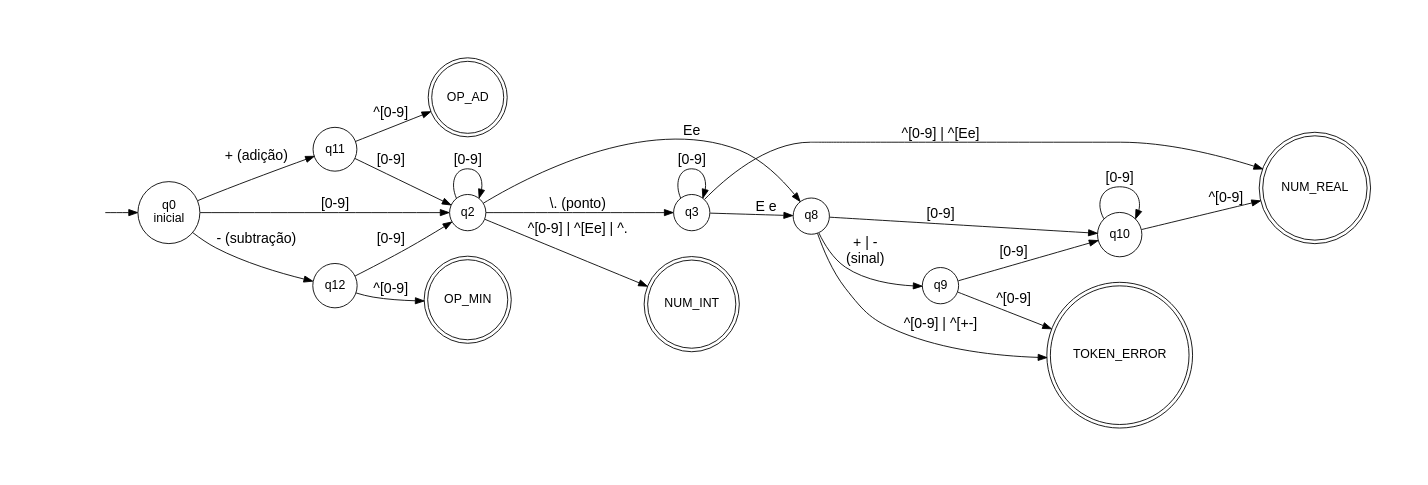
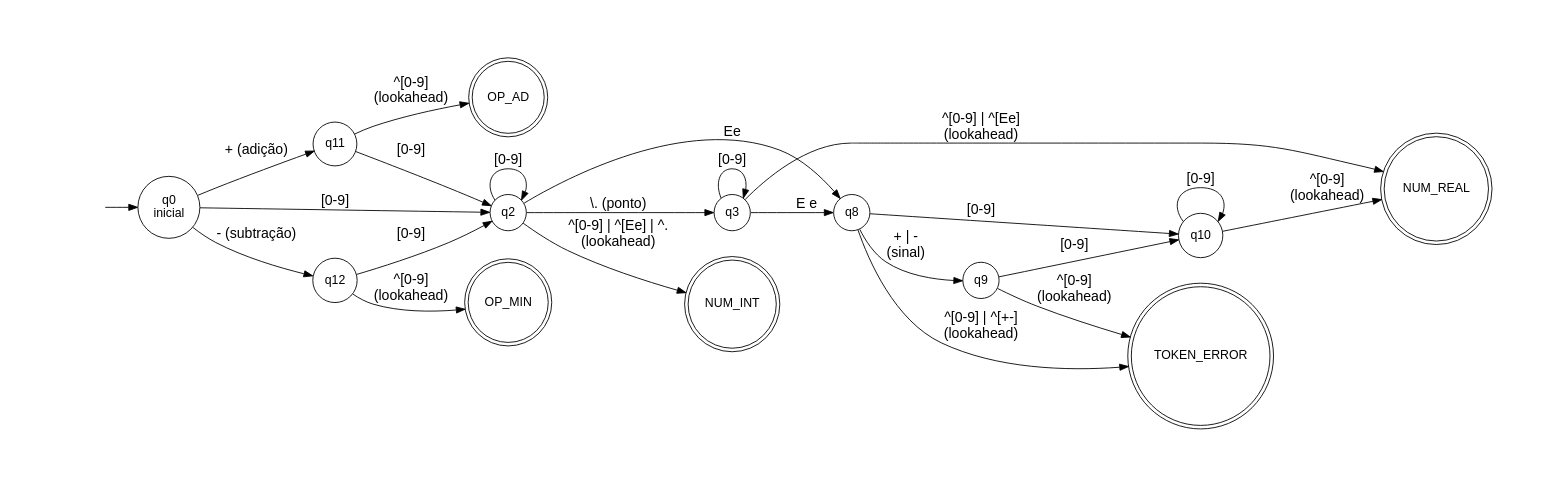
One commit to miguelhenriquecbl/LINGUAGENS-FORMAIS-AUT-MATOS-E-COMPILADORES changed the diagram in Trabalho/analisador-lexico/AFDs/codigo/afd_numeros_e_sinais.dot. Above: the diagram before and after it, drawn with Graphviz. The commit also changed 4 other files, not shown here.

```diff
--- a/Trabalho/analisador-lexico/AFDs/codigo/afd_numeros_e_sinais.dot
+++ b/Trabalho/analisador-lexico/AFDs/codigo/afd_numeros_e_sinais.dot
@@ -1,66 +1,66 @@
 digraph afd_numeros_e_sinais {
     rankdir=LR;
     nodesep=0.4;
     pad=0.8;
     node [shape=circle, fontname="Arial"];
     edge [fontname="Arial", fontsize=16];
 
     /* estado invisível pra seta de entrada */
     inicio [shape=none, label=""];
 
     /* Estado Inicial */
     q0 [label="q0\ninicial"];
 
     /* estados intermediários */
     q2 [label="q2"];
     q3 [label="q3"];
     q8 [label="q8"];
     q9 [label="q9"];
     q10 [label="q10"];
     q11 [label="q11"];
     q12 [label="q12"];
 
     /* estados finais — círculo duplo */
     node [shape=doublecircle];
 
     /* Palavras reservadas, Identificador e Tipos Números  */
     qNUM_INT [label="NUM_INT"];
     qNUM_REAL [label="NUM_REAL"];
 
     /* Operadores aritméticos */
     qOP_AD [label="OP_AD"]; /* + */
     qOP_MIN [label="OP_MIN"]; /* - */
 
     /* Especiais */
     qTOKEN_ERROR [shape=doublecircle label="TOKEN_ERROR"]; /* Erro léxico */
 
     /* seta de entrada */
     inicio -> q0;
 
     /* q0 -> estados intermediários */
     q0 -> q2 [label="[0-9]"];
     q2 -> q2 [label="[0-9]"];
     q2 -> q8 [label="Ee"];
-    q2 -> qNUM_INT [label="^[0-9] | ^[Ee] | ^\."];
+    q2 -> qNUM_INT [label="^[0-9] | ^[Ee] | ^\.\n(lookahead)"];
 
     q2 -> q3 [label="\\. (ponto)"];
     q3 -> q3 [label="[0-9]"];
     q3 -> q8 [label="E e"];
-    q3 -> qNUM_REAL [label="^[0-9] | ^[Ee]"];
+    q3 -> qNUM_REAL [label="^[0-9] | ^[Ee]\n(lookahead)"];
 
     q0 -> q11 [label="+ (adição)"]; 
     q11 -> q2 [label="[0-9]"]; 
-    q11 -> qOP_AD [label="^[0-9]"];
+    q11 -> qOP_AD [label="^[0-9]\n(lookahead)"];
 
     q0 -> q12 [label="- (subtração)"]; 
     q12 -> q2 [label="[0-9]"]
-    q12 -> qOP_MIN [label="^[0-9]"]
+    q12 -> qOP_MIN [label="^[0-9]\n(lookahead)"]
 
     q8 -> q9 [label="+ | -\n(sinal)"]
     q8 -> q10 [label="[0-9]"]
     q9 -> q10 [label="[0-9]"]
     q10 -> q10 [label="[0-9]"]
-    q8 -> qTOKEN_ERROR [label="^[0-9] | ^[+-]"];
-    q9 -> qTOKEN_ERROR [label="^[0-9]"];
-    q10 -> qNUM_REAL [label="^[0-9]"]; 
+    q8 -> qTOKEN_ERROR [label="^[0-9] | ^[+-]\n(lookahead)"];
+    q9 -> qTOKEN_ERROR [label="^[0-9]\n(lookahead)"];
+    q10 -> qNUM_REAL [label="^[0-9]\n(lookahead)"]; 
 }
```
